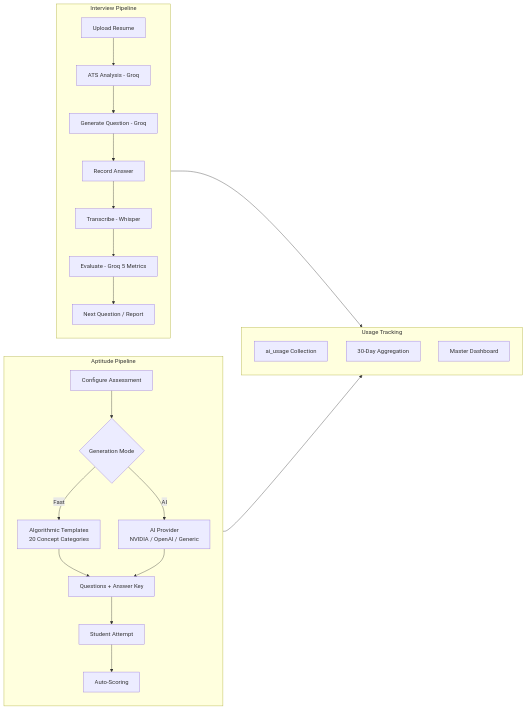
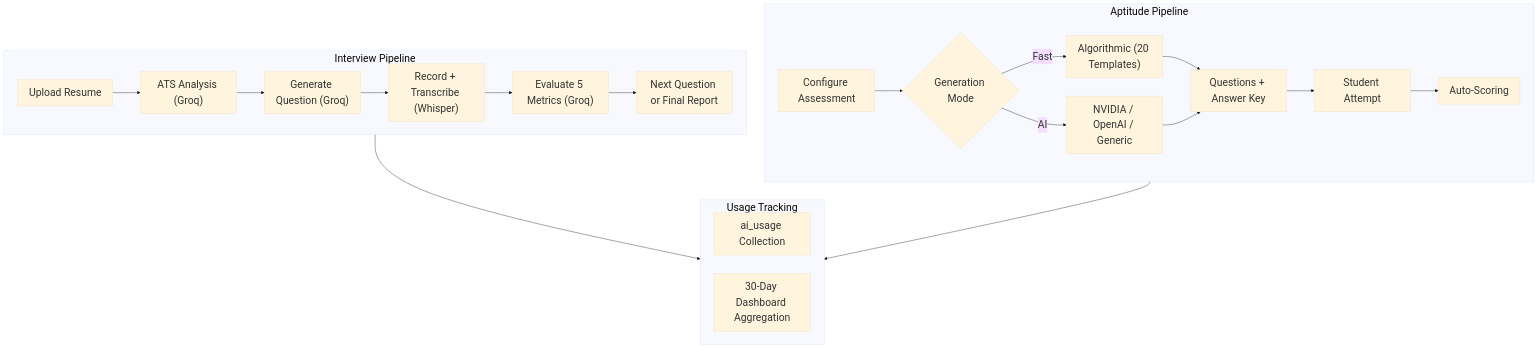
The third of 5 diagrams in README.md (edvolve07/Edvolve_backend), drawn with Mermaid before and after one commit. The commit also changed other lines of this file and 8 other files, not shown here.

````diff
--- a/README.md
+++ b/README.md
@@ -123,32 +104,28 @@
 ```mermaid
-graph LR
+%%{init: {'theme': 'base', 'themeVariables': {'fontSize': '28px'}}}%%
+graph TD
     subgraph Interview["Interview Pipeline"]
-        direction TB
-        I1[Upload Resume] --> I2[ATS Analysis - Groq]
-        I2 --> I3[Generate Question - Groq]
-        I3 --> I4[Record Answer]
-        I4 --> I5[Transcribe - Whisper]
-        I5 --> I6[Evaluate - Groq 5 Metrics]
-        I6 --> I7[Next Question / Report]
+        I1["Upload Resume"] --> I2["ATS Analysis (Groq)"]
+        I2 --> I3["Generate Question (Groq)"]
+        I3 --> I4["Record + Transcribe (Whisper)"]
+        I4 --> I5["Evaluate 5 Metrics (Groq)"]
+        I5 --> I6["Next Question or Final Report"]
     end
 
     subgraph Aptitude["Aptitude Pipeline"]
-        direction TB
-        A1[Configure Assessment] --> A2{Generation Mode}
-        A2 -->|Fast| A3[Algorithmic Templates<br/>20 Concept Categories]
-        A2 -->|AI| A4[AI Provider<br/>NVIDIA / OpenAI / Generic]
-        A3 --> A5[Questions + Answer Key]
-        A4 --> A5
-        A5 --> A6[Student Attempt]
-        A6 --> A7[Auto-Scoring]
+        A1["Configure Assessment"] --> A2{Generation Mode}
+        A2 -->|Fast| A3["Algorithmic (20 Templates)"]
+        A2 -->|AI| A4["NVIDIA / OpenAI / Generic"]
+        A3 & A4 --> A5["Questions + Answer Key"]
+        A5 --> A6["Student Attempt"]
+        A6 --> A7["Auto-Scoring"]
     end
 
     subgraph Tracking["Usage Tracking"]
-        T1[ai_usage Collection]
-        T2[30-Day Aggregation]
-        T3[Master Dashboard]
+        T1["ai_usage Collection"]
+        T2["30-Day Dashboard Aggregation"]
     end
 
     Interview --> Tracking
     Aptitude --> Tracking
 ```
````
